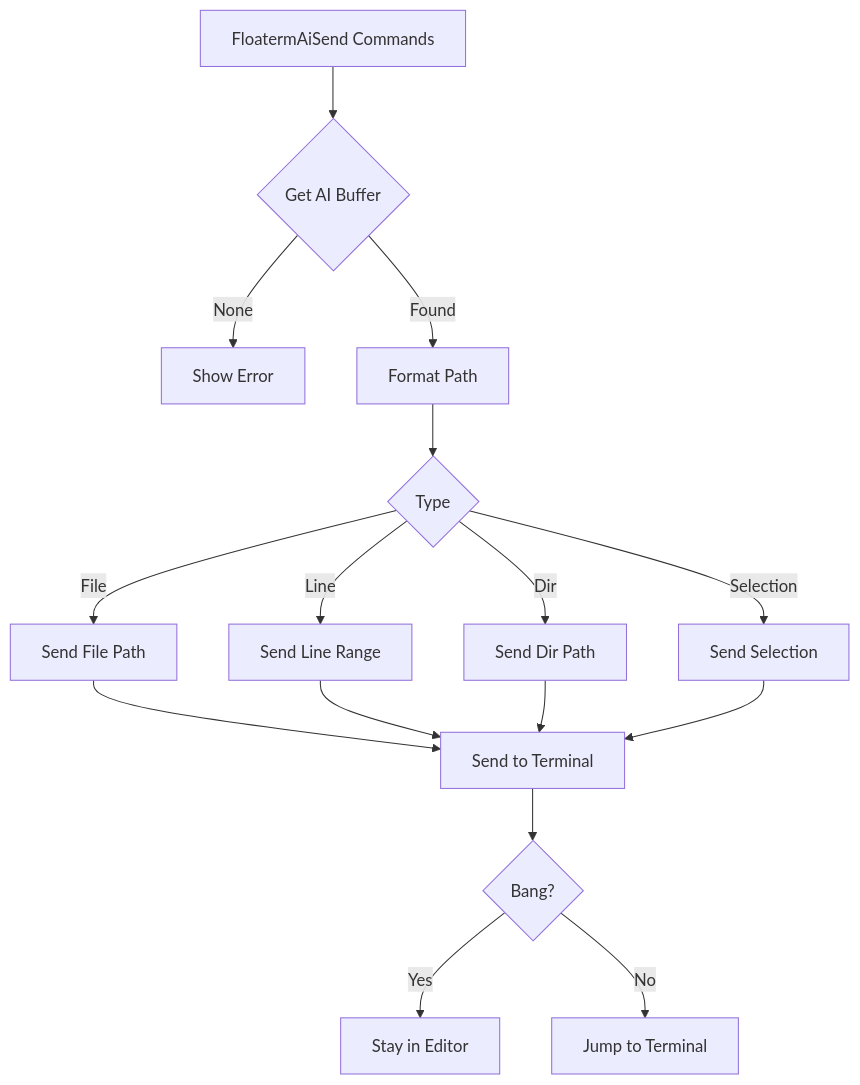
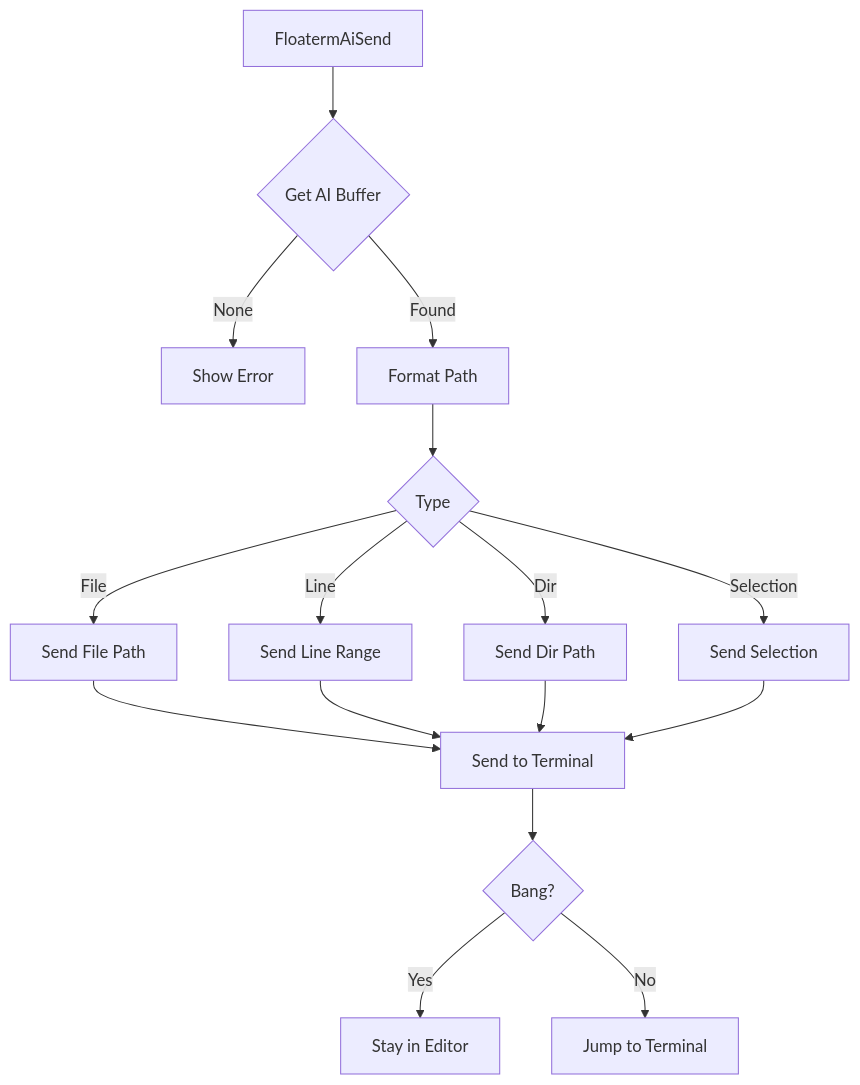
The second of 5 diagrams in README.md (leoatchina/vim-floaterm-enhance), drawn with Mermaid before and after one commit. The commit also changed other lines of this file and 1 other file, not shown here.

````diff
--- a/README.md
+++ b/README.md
@@ -24,18 +86,18 @@
 ```mermaid
 graph TB
-    Send[FloatermAiSend Commands] --> GetBuf{Get AI Buffer}
+    Send[FloatermAiSend] --> GetBuf{Get AI Buffer}
     GetBuf -->|None| Err2[Show Error]
     GetBuf -->|Found| Format[Format Path]
     Format --> Type{Type}
     Type -->|File| SendFile[Send File Path]
     Type -->|Line| SendRange[Send Line Range]
     Type -->|Dir| SendDir[Send Dir Path]
     Type -->|Selection| SendSel[Send Selection]
     SendFile --> Term[Send to Terminal]
     SendRange --> Term
     SendDir --> Term
     SendSel --> Term
     Term --> Stay{Bang?}
     Stay -->|Yes| StayEd[Stay in Editor]
     Stay -->|No| JumpTerm[Jump to Terminal]
 ```
````
